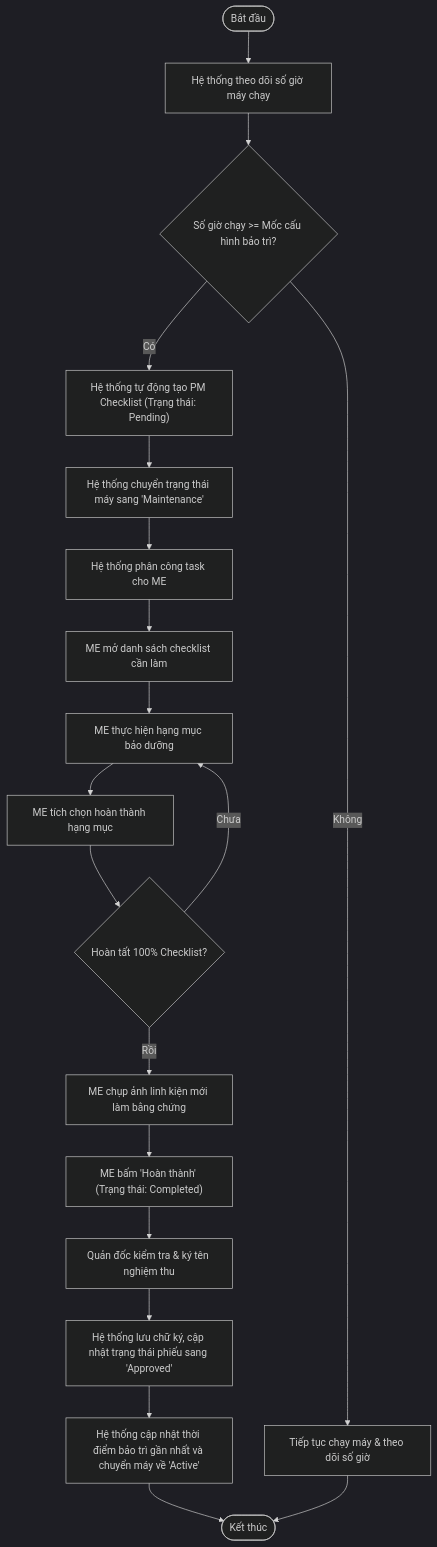
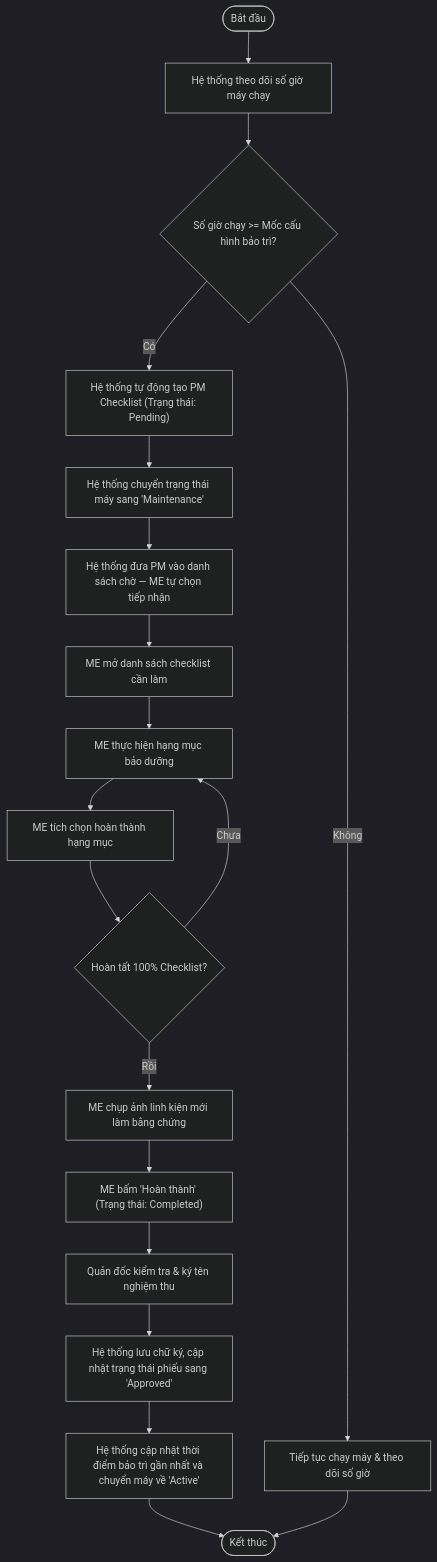
Before and after one commit to pvduy23052005/cse441-mobile-asset-track: the third of 11 diagrams in system_design.md, drawn with Mermaid (dark theme). The commit also changed other lines of this file and 1 other file, not shown here.

````diff
--- a/system_design.md
+++ b/system_design.md
@@ -98,21 +115,21 @@
 ```mermaid
 flowchart TD
     A([Bắt đầu]) --> B[Hệ thống theo dõi số giờ máy chạy]
     B --> C{Số giờ chạy >= Mốc cấu hình bảo trì?}
     C -- Có --> D["Hệ thống tự động tạo PM Checklist (Trạng thái: Pending)"]
     D --> E["Hệ thống chuyển trạng thái máy sang 'Maintenance'"]
-    E --> F[Hệ thống phân công task cho ME]
+    E --> F[Hệ thống đưa PM vào danh sách chờ — ME tự chọn tiếp nhận]
     F --> G[ME mở danh sách checklist cần làm]
     G --> H[ME thực hiện hạng mục bảo dưỡng]
     H --> I[ME tích chọn hoàn thành hạng mục]
     I --> J{Hoàn tất 100% Checklist?}
     J -- Chưa --> H
     J -- Rồi --> K[ME chụp ảnh linh kiện mới làm bằng chứng]
     K --> L["ME bấm 'Hoàn thành' (Trạng thái: Completed)"]
     L --> M[Quản đốc kiểm tra & ký tên nghiệm thu]
     M --> N["Hệ thống lưu chữ ký, cập nhật trạng thái phiếu sang 'Approved'"]
     N --> O["Hệ thống cập nhật thời điểm bảo trì gần nhất và chuyển máy về 'Active'"]
     O --> P([Kết thúc])
     C -- Không --> Q[Tiếp tục chạy máy & theo dõi số giờ]
     Q --> P
 ```
````
